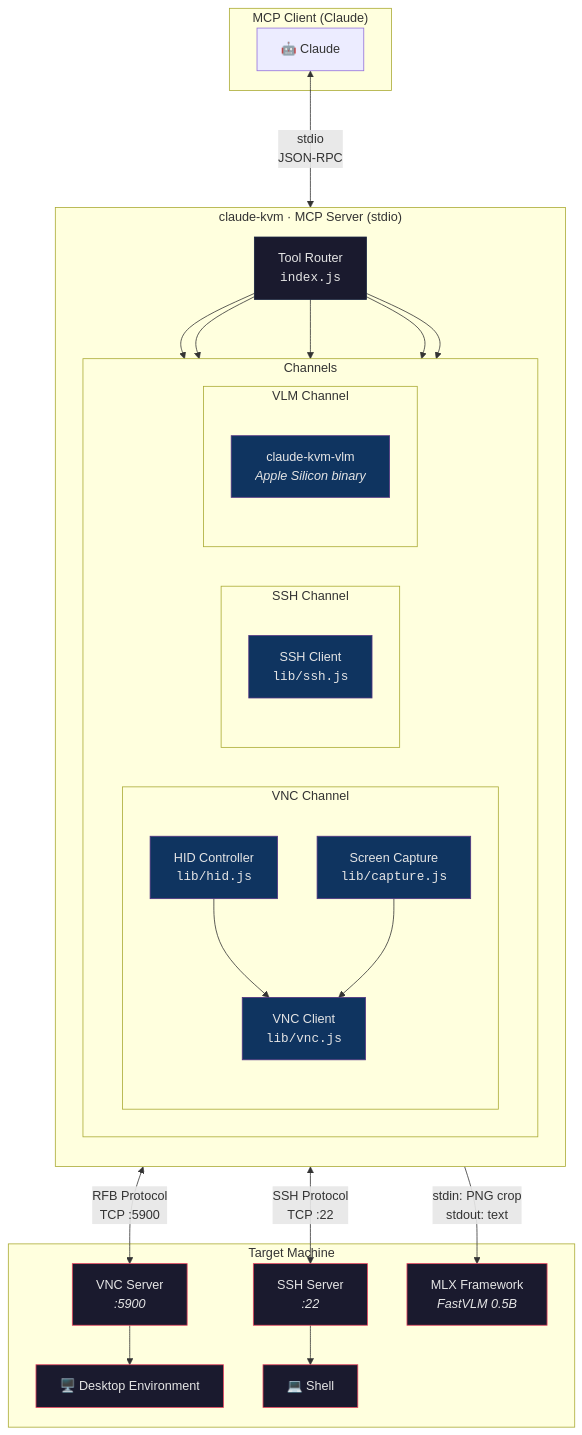
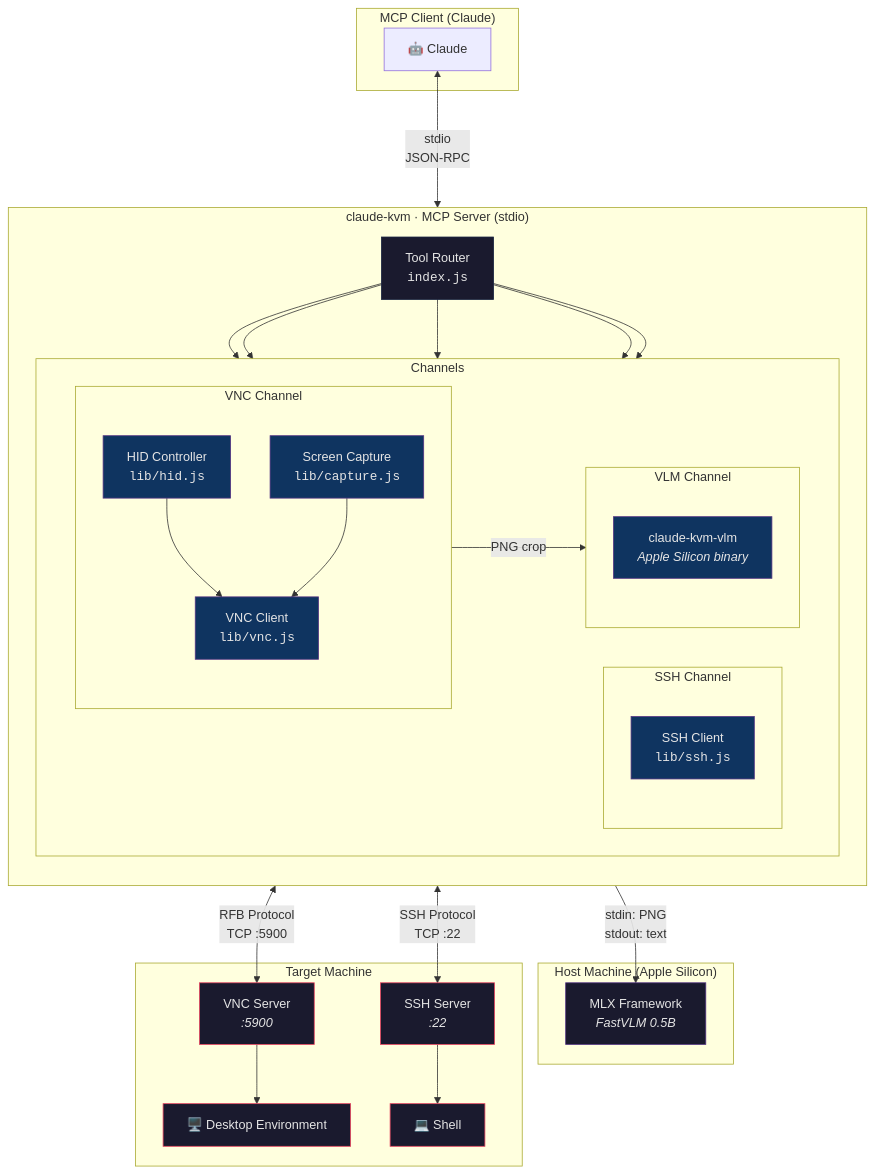
Before and after one commit to ARAS-Workspace/claude-kvm: the diagram in README.md, drawn with Mermaid. The commit also changed 1 other file, not shown here.

Commit message:
Fix architecture diagram: separate MLX into host machine, add Capture→VLM data flow

````diff
--- a/README.md
+++ b/README.md
@@ -9,66 +9,72 @@
 ```mermaid
 graph TB
     subgraph MCP["MCP Client (Claude)"]
         AI["🤖 Claude"]
     end
 
     subgraph Server["claude-kvm · MCP Server (stdio)"]
         direction TB
         Router["Tool Router<br/><code>index.js</code>"]
 
         subgraph Channels["Channels"]
             direction LR
             subgraph VNC_Ch["VNC Channel"]
                 direction TB
                 VNC_Client["VNC Client<br/><code>lib/vnc.js</code>"]
                 HID["HID Controller<br/><code>lib/hid.js</code>"]
                 Capture["Screen Capture<br/><code>lib/capture.js</code>"]
             end
 
             subgraph SSH_Ch["SSH Channel"]
                 direction TB
                 SSH_Client["SSH Client<br/><code>lib/ssh.js</code>"]
             end
 
             subgraph VLM_Ch["VLM Channel"]
                 direction TB
                 VLM_Bin["claude-kvm-vlm<br/><i>Apple Silicon binary</i>"]
             end
         end
     end
 
+    subgraph Local["Host Machine (Apple Silicon)"]
+        MLX["MLX Framework<br/><i>FastVLM 0.5B</i>"]
+    end
+
     subgraph Target["Target Machine"]
         VNC_Server["VNC Server<br/><i>:5900</i>"]
         SSH_Server["SSH Server<br/><i>:22</i>"]
-        MLX["MLX Framework<br/><i>FastVLM 0.5B</i>"]
 
         Desktop["🖥️ Desktop Environment"]
         Shell["💻 Shell"]
     end
 
     AI <--->|"stdio<br/>JSON-RPC"| Router
 
     Router --> VNC_Client
     Router --> HID
     Router --> Capture
     Router --> SSH_Client
     Router --> VLM_Bin
 
     VNC_Client <-->|"RFB Protocol<br/>TCP :5900"| VNC_Server
     HID --> VNC_Client
     Capture --> VNC_Client
+    Capture -->|"PNG crop"| VLM_Bin
 
     SSH_Client <-->|"SSH Protocol<br/>TCP :22"| SSH_Server
-    VLM_Bin -->|"stdin: PNG crop<br/>stdout: text"| MLX
+    VLM_Bin -->|"stdin: PNG<br/>stdout: text"| MLX
 
     VNC_Server --> Desktop
     SSH_Server --> Shell
 
     classDef server fill:#1a1a2e,stroke:#16213e,color:#e5e5e5
     classDef channel fill:#0f3460,stroke:#533483,color:#e5e5e5
     classDef target fill:#1a1a2e,stroke:#e94560,color:#e5e5e5
+    classDef local fill:#1a1a2e,stroke:#533483,color:#e5e5e5
 
     class Router server
     class VNC_Client,HID,Capture,SSH_Client,VLM_Bin channel
-    class VNC_Server,SSH_Server,MLX,Desktop,Shell target
+    class VNC_Server,SSH_Server,Desktop,Shell target
+    class MLX local
 ```
````
